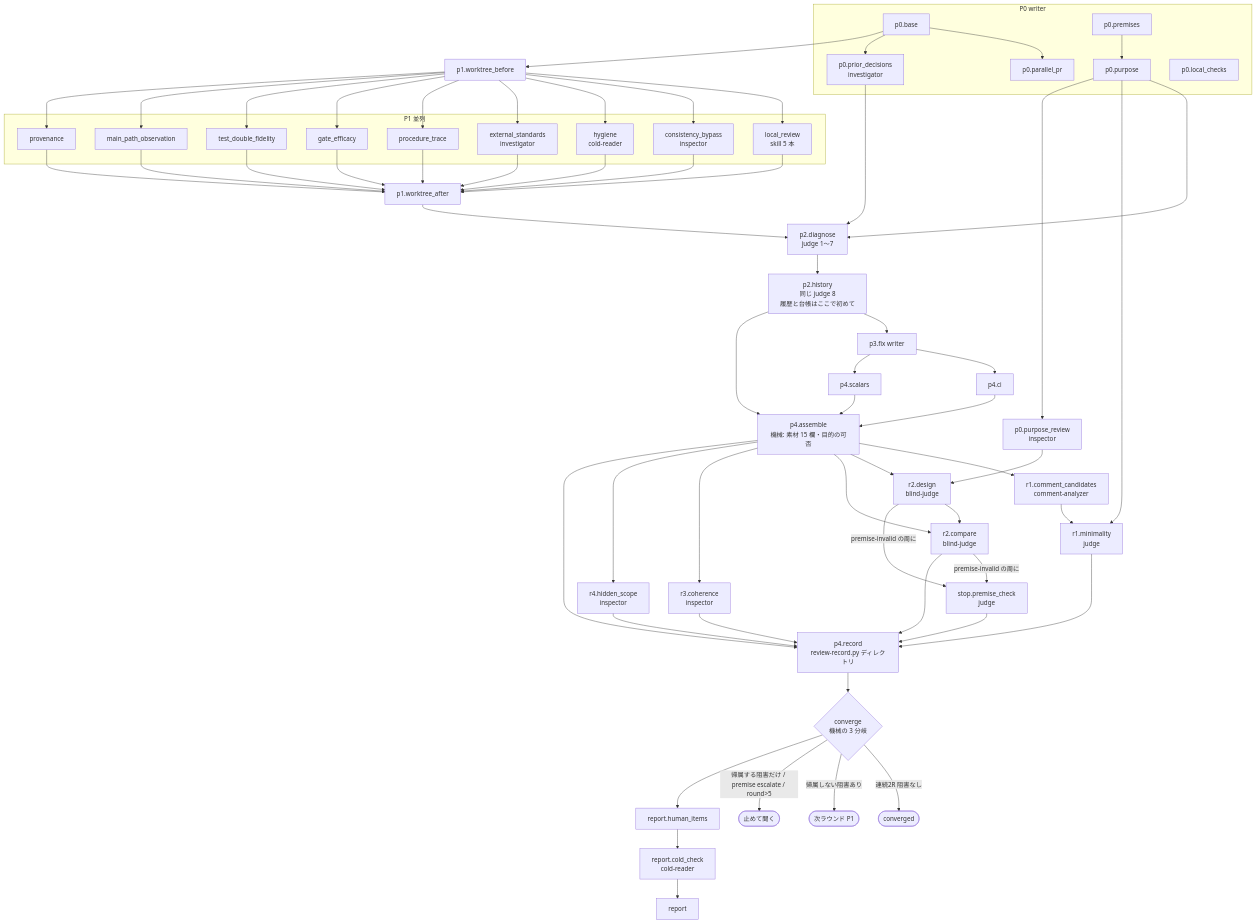
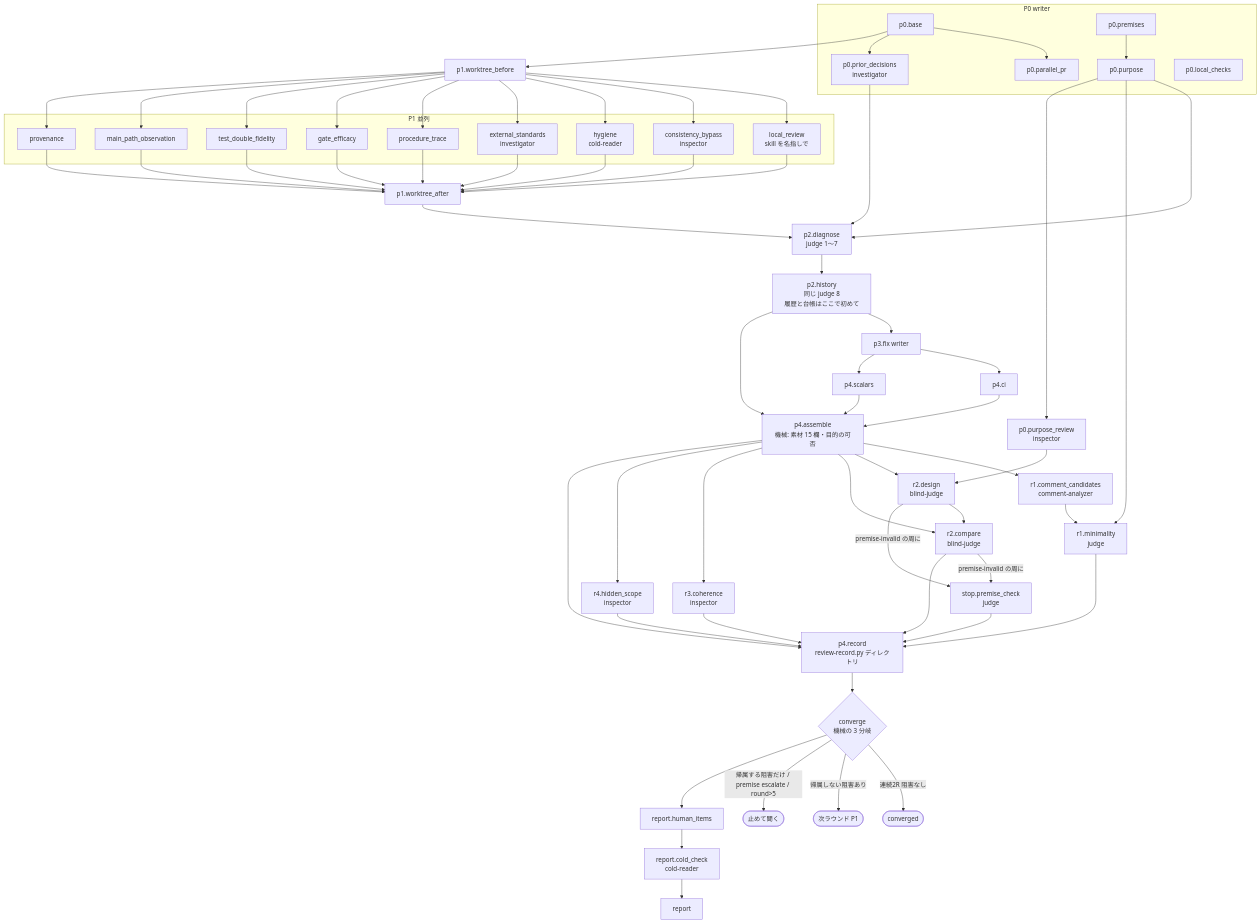
Before and after one commit to raiki61/claude-plugins: the diagram in docs/loop-graph/review-loop.md, drawn with Mermaid. The commit also changed other lines of this file and 11 other files, not shown here.

First line of the commit message:
fix(graphloops): 拒否の読み取りを線形にし、写しの面を 5→2 に減らす（graphloops 0.9.3・自己適用 2 周目）

````diff
--- a/docs/loop-graph/review-loop.md
+++ b/docs/loop-graph/review-loop.md
@@ -19,39 +19,39 @@
 ```mermaid
 flowchart TB
   subgraph P0[P0 writer]
     base[p0.base] --> ppr[p0.parallel_pr]
     base --> pd[p0.prior_decisions<br/>investigator]
     prem[p0.premises] --> purp[p0.purpose]
     lc[p0.local_checks]
   end
   base --> wb[p1.worktree_before]
   subgraph P1[P1 並列]
-    lr[local_review<br/>skill 5 本]
+    lr[local_review<br/>skill を名指しで]
     cb[consistency_bypass<br/>inspector]
     hy[hygiene<br/>cold-reader]
     es[external_standards<br/>investigator]
     pt[procedure_trace]
     ge[gate_efficacy]
     td[test_double_fidelity]
     mp[main_path_observation]
     pv[provenance]
   end
   wb --> lr & cb & hy & es & pt & ge & td & mp & pv --> wa[p1.worktree_after]
   wa & pd & purp --> diag[p2.diagnose<br/>judge 1〜7]
   diag --> hist[p2.history<br/>同じ judge 8<br/>履歴と台帳はここで初めて]
   hist --> fix[p3.fix writer]
   fix --> ci[p4.ci] & sc[p4.scalars] --> asm[p4.assemble<br/>機械: 素材 15 欄・目的の可否]
   hist --> asm
   asm --> cc[r1.comment_candidates<br/>comment-analyzer] --> r1[r1.minimality<br/>judge]
   purp --> r1
   purp --> prv[p0.purpose_review<br/>inspector] --> r2d[r2.design<br/>blind-judge] --> r2c[r2.compare<br/>blind-judge]
   asm --> r2d & r2c
   asm --> r3[r3.coherence<br/>inspector] & r4[r4.hidden_scope<br/>inspector]
   r2d & r2c -- premise-invalid の周に --> pc[stop.premise_check<br/>judge]
   asm & r1 & r2c & r3 & r4 & pc --> rec[p4.record<br/>review-record.py ディレクトリ]
   rec --> conv{converge<br/>機械の 3 分岐}
   conv -- 連続2R 阻害なし --> done([converged])
   conv -- 帰属しない阻害あり --> next([次ラウンド P1])
   conv -- 帰属する阻害だけ / premise escalate / round>5 --> ask([止めて聞く])
   conv --> hi[report.human_items] --> ck[report.cold_check<br/>cold-reader] --> rep[report]
 ```
````
